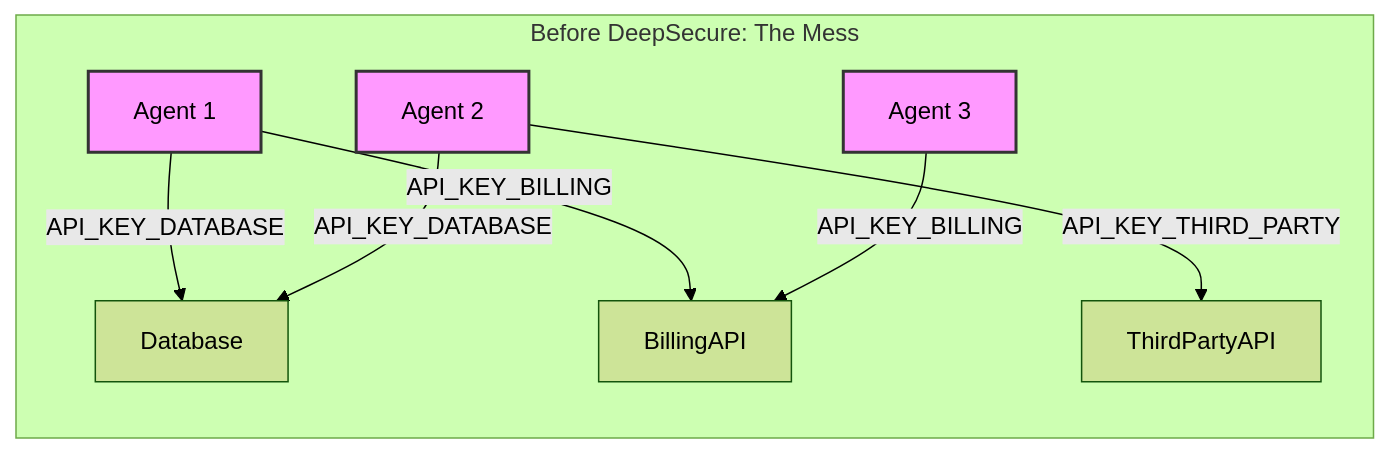
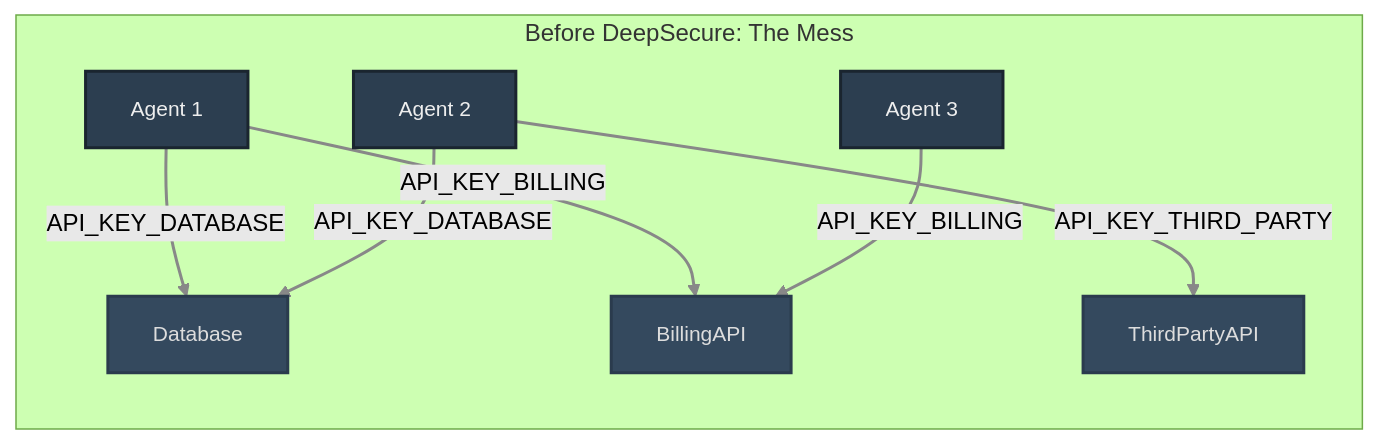
One commit to DeepTrail/deepsecure changed the first of 3 diagrams in README.md. Above: the diagram before and after it, drawn with Mermaid (forest theme). The commit also changed other lines of this file, not shown here.

Commit message:
Update README.md mermaid diagrams

````diff
--- a/README.md
+++ b/README.md
@@ -154,14 +154,26 @@
 ```mermaid
 graph LR
+    classDef agentNode fill:#2c3e50,stroke:#1a252f,color:#eee,stroke-width:2px,font-size:14px;
+    classDef apiNode fill:#34495e,stroke:#2a3b4d,color:#ddd,stroke-width:2px,font-size:14px;
+
     subgraph "Before DeepSecure: The Mess"
-        Agent1["Agent 1"] -- "API_KEY_DATABASE" --> Database
-        Agent2["Agent 2"] -- "API_KEY_DATABASE" --> Database
+        Agent1["Agent 1"]
+        Agent2["Agent 2"]
+        Agent3["Agent 3"]
+
+        Database["Database"]
+        BillingAPI["BillingAPI"]
+        ThirdPartyAPI["ThirdPartyAPI"]
+
+        Agent1 -- "API_KEY_DATABASE" --> Database
+        Agent2 -- "API_KEY_DATABASE" --> Database
         Agent1 -- "API_KEY_BILLING" --> BillingAPI
-        Agent3["Agent 3"] -- "API_KEY_BILLING" --> BillingAPI
+        Agent3 -- "API_KEY_BILLING" --> BillingAPI
         Agent2 -- "API_KEY_THIRD_PARTY" --> ThirdPartyAPI
 
-        style Agent1 fill:#f9f,stroke:#333,stroke-width:2px
-        style Agent2 fill:#f9f,stroke:#333,stroke-width:2px
-        style Agent3 fill:#f9f,stroke:#333,stroke-width:2px
+        class Agent1,Agent2,Agent3 agentNode;
+        class Database,BillingAPI,ThirdPartyAPI apiNode;
     end
+
+    linkStyle default stroke:#888,stroke-width:2px;
 ```
````
